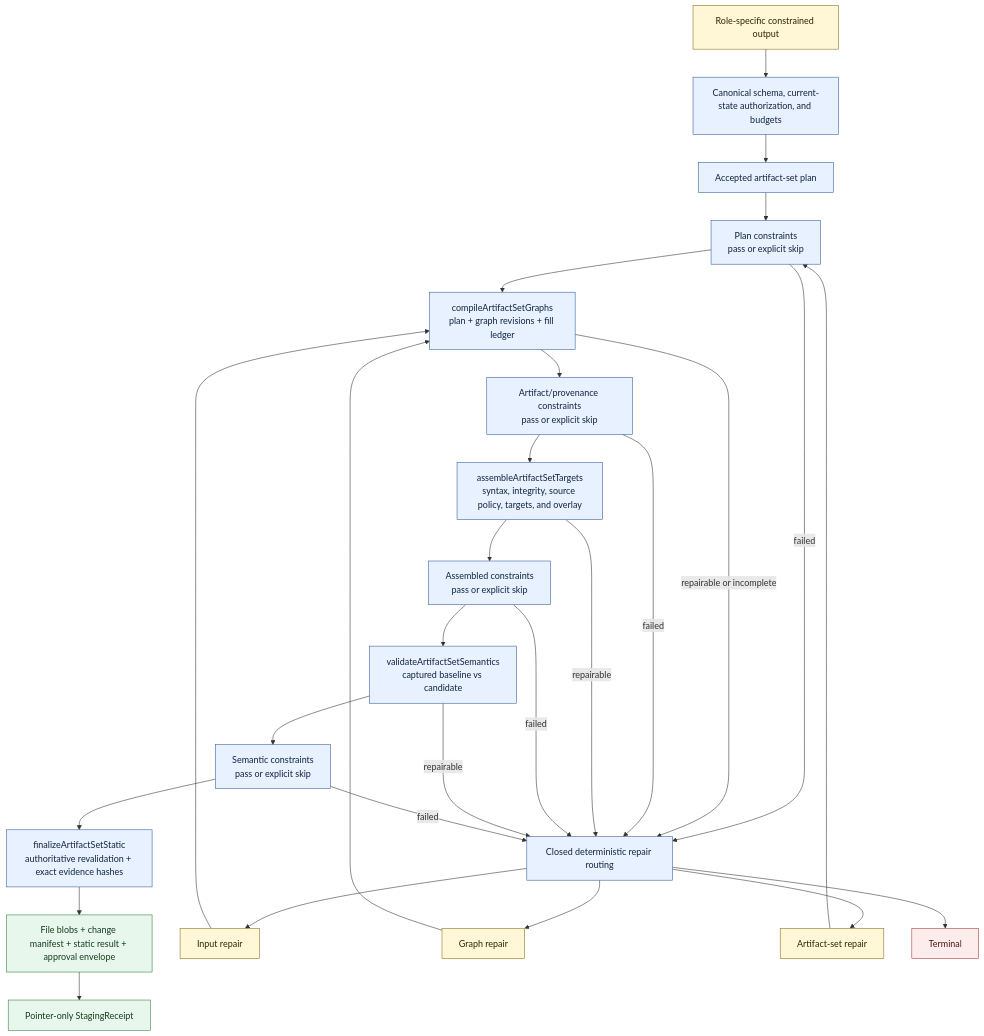
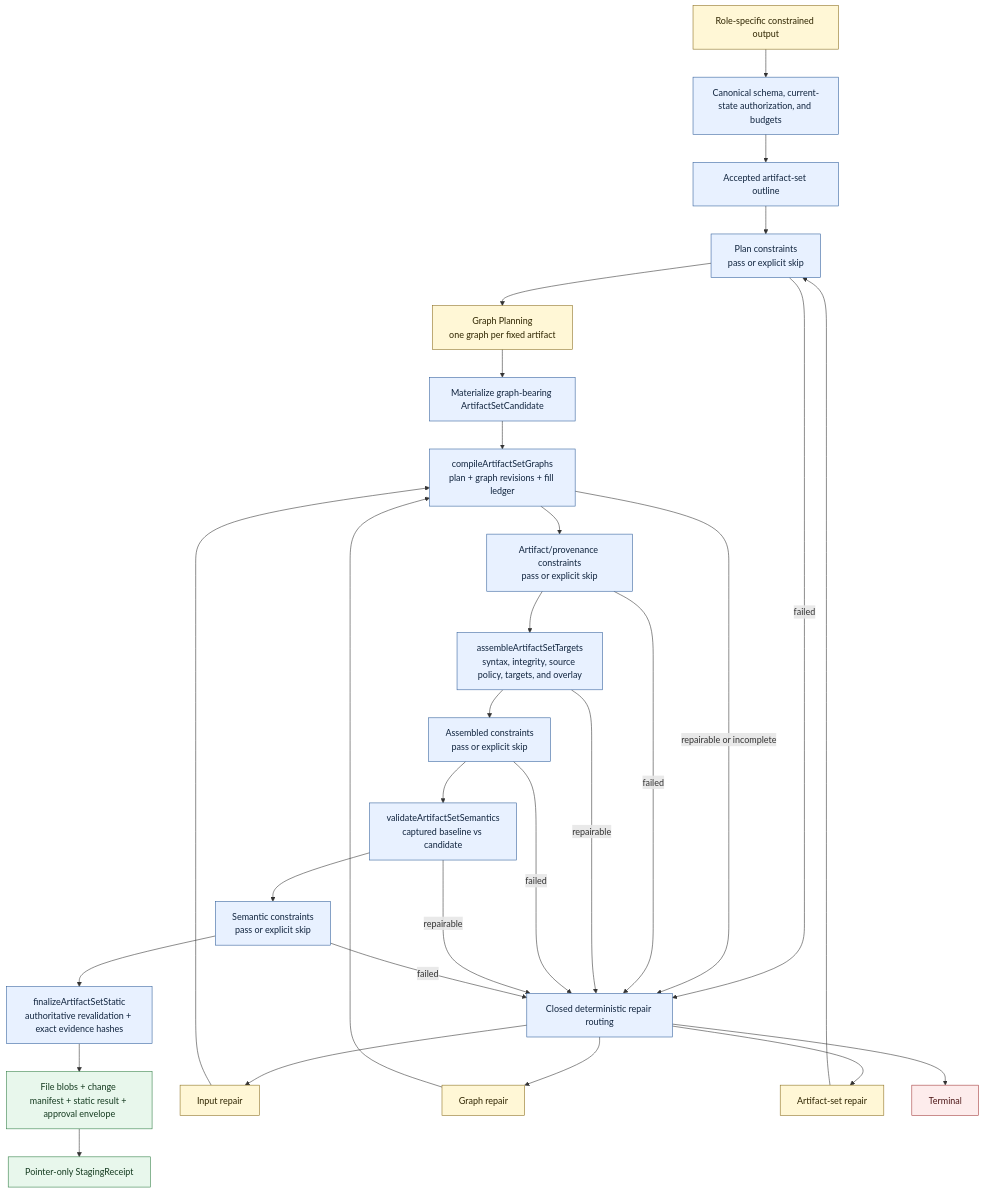
The seventh of 12 diagrams in docs/synthesis-workflow-technical-design.md (AndrewRLachance/synthesize-regions), drawn with Mermaid before and after one commit. The commit also changed other lines of this file and 73 other files, not shown here.

````diff
--- a/docs/synthesis-workflow-technical-design.md
+++ b/docs/synthesis-workflow-technical-design.md
@@ -780,39 +916,41 @@
 ```mermaid
 flowchart TD
   proposal["Role-specific constrained output"] --> authorization["Canonical schema, current-state authorization, and budgets"]
-  authorization --> plan["Accepted artifact-set plan"]
-  plan --> planConstraints["Plan constraints<br/>pass or explicit skip"]
-  planConstraints --> compile["compileArtifactSetGraphs<br/>plan + graph revisions + fill ledger"]
+  authorization --> outline["Accepted artifact-set outline"]
+  outline --> planConstraints["Plan constraints<br/>pass or explicit skip"]
+  planConstraints --> graphPlanning["Graph Planning<br/>one graph per fixed artifact"]
+  graphPlanning --> candidate["Materialize graph-bearing ArtifactSetCandidate"]
+  candidate --> compile["compileArtifactSetGraphs<br/>plan + graph revisions + fill ledger"]
   compile --> artifactConstraints["Artifact/provenance constraints<br/>pass or explicit skip"]
   artifactConstraints --> assemble["assembleArtifactSetTargets<br/>syntax, integrity, source policy, targets, and overlay"]
   assemble --> assembledConstraints["Assembled constraints<br/>pass or explicit skip"]
   assembledConstraints --> semantics["validateArtifactSetSemantics<br/>captured baseline vs candidate"]
   semantics --> semanticConstraints["Semantic constraints<br/>pass or explicit skip"]
   semanticConstraints --> finalization["finalizeArtifactSetStatic<br/>authoritative revalidation + exact evidence hashes"]
   finalization --> staging["File blobs + change manifest + static result + approval envelope"]
   staging --> receipt["Pointer-only StagingReceipt"]
 
   planConstraints -->|failed| routing["Closed deterministic repair routing"]
   compile -->|repairable or incomplete| routing
   artifactConstraints -->|failed| routing
   assemble -->|repairable| routing
   assembledConstraints -->|failed| routing
   semantics -->|repairable| routing
   semanticConstraints -->|failed| routing
   routing --> inputRepair["Input repair"]
   routing --> graphRepair["Graph repair"]
   routing --> setRepair["Artifact-set repair"]
   routing --> terminal["Terminal"]
   inputRepair --> compile
   graphRepair --> compile
   setRepair --> planConstraints
 
   classDef runtime fill:#e8f1ff,stroke:#315f9b,color:#10243e;
   classDef model fill:#fff7d6,stroke:#8a6d1d,color:#2f2500;
   classDef success fill:#e8f7ec,stroke:#2f7d43,color:#153b20;
   classDef failure fill:#fdecec,stroke:#a33a3a,color:#4d1717;
-  class proposal,inputRepair,graphRepair,setRepair model;
-  class authorization,plan,planConstraints,compile,artifactConstraints,assemble,assembledConstraints,semantics,semanticConstraints,finalization,routing runtime;
+  class proposal,graphPlanning,inputRepair,graphRepair,setRepair model;
+  class authorization,outline,planConstraints,candidate,compile,artifactConstraints,assemble,assembledConstraints,semantics,semanticConstraints,finalization,routing runtime;
   class staging,receipt success;
   class terminal failure;
 ```
````
